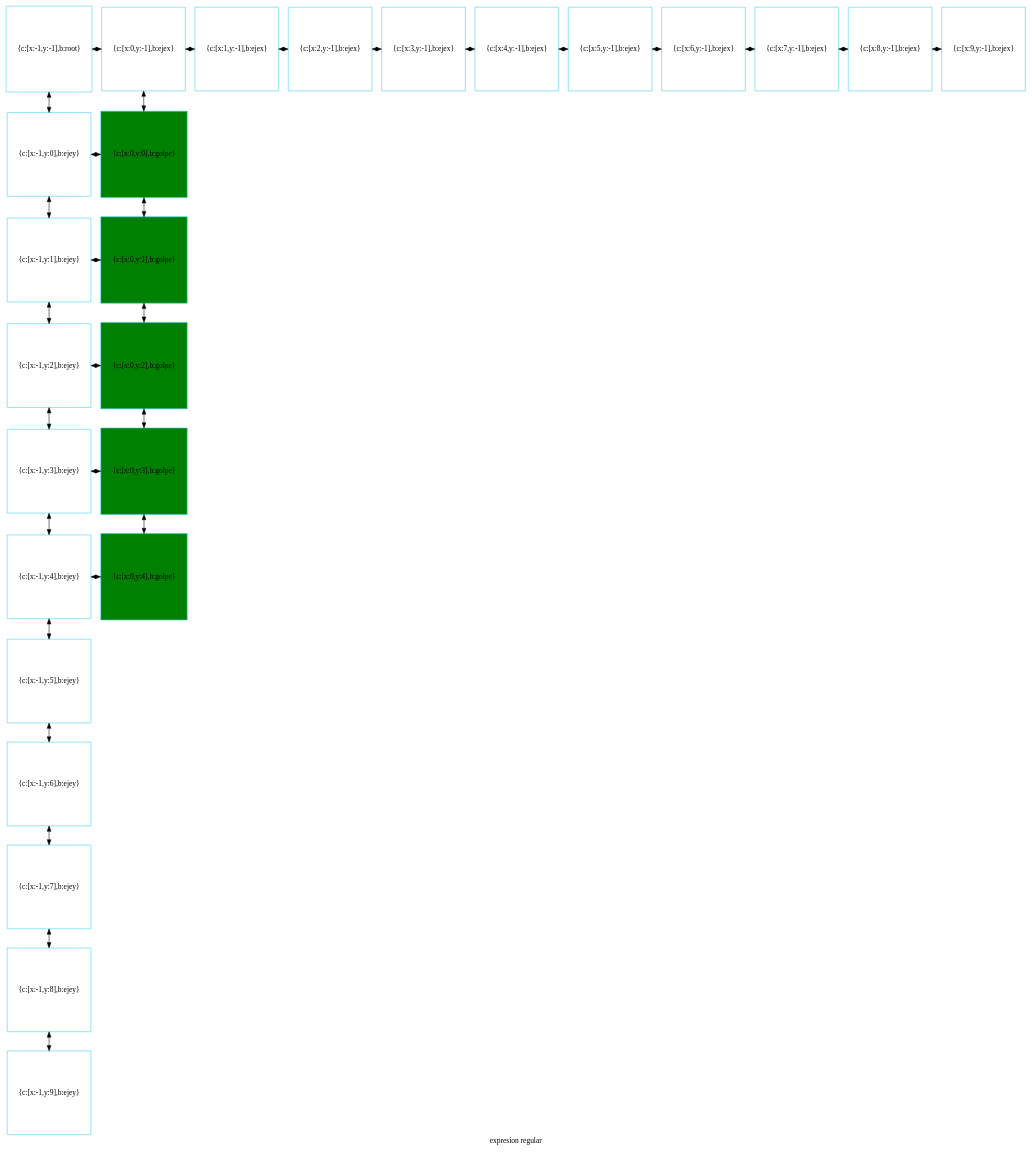
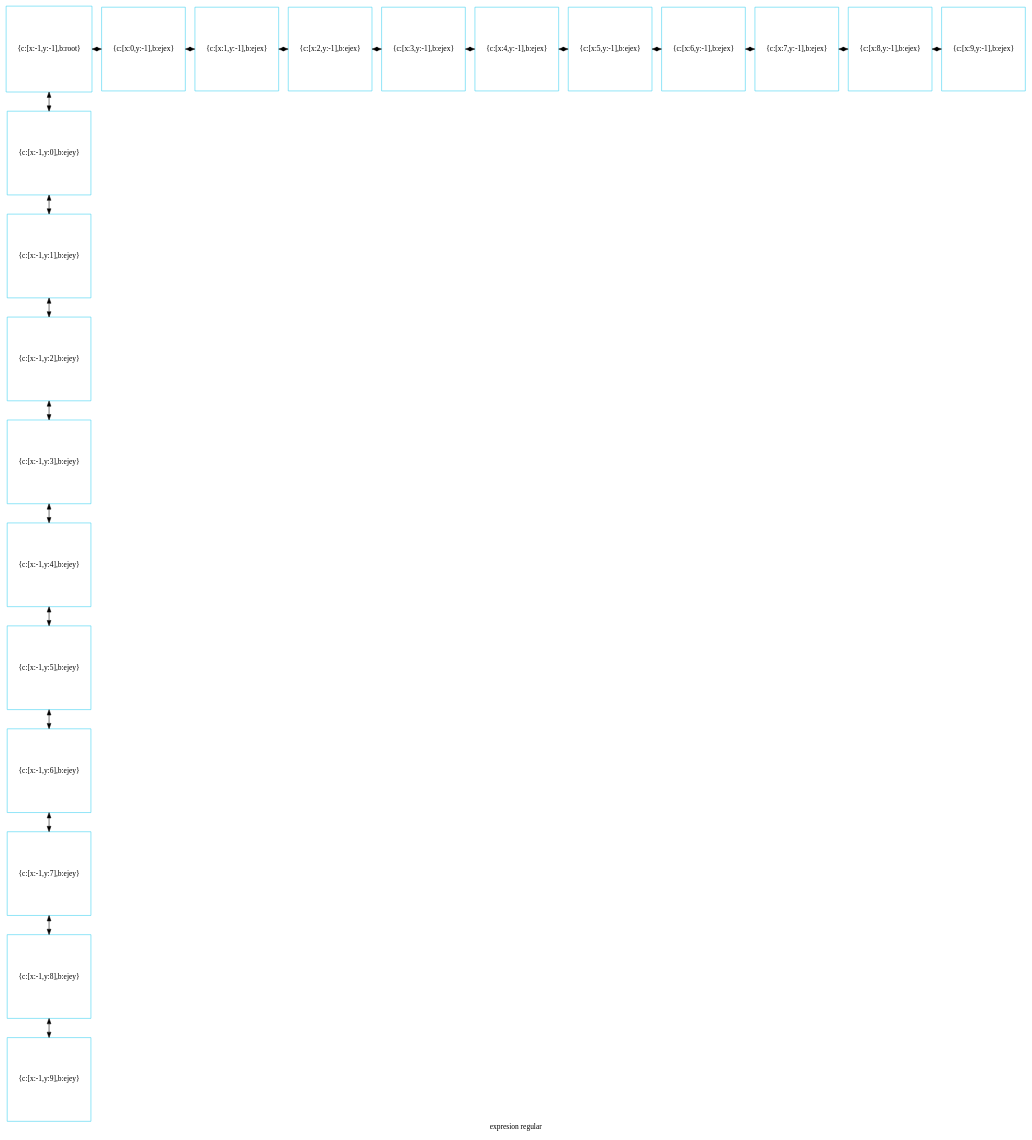
The diagram in disp_compu.dot (betebetoven/EDDS2F2), drawn with Graphviz before and after one commit. The commit also changed 14 other files, not shown here.

```diff
--- a/disp_compu.dot
+++ b/disp_compu.dot
@@ -1,76 +1,61 @@
 digraph G
 {label="expresion regular"
         node[shape = square]
         node[style = filled]
         node[fillcolor = "#EEEEE"]
         node[color = "#EEEEE"]
         node[color = "#31CEF0"]
 
-2029352008912[label="{c:[x:-1,y:-1],b:root}",fillcolor = "white"]
-2029352009056[label="{c:[x:0,y:-1],b:ejex}",fillcolor = "white"]
-2029352009200[label="{c:[x:1,y:-1],b:ejex}",fillcolor = "white"]
-2029352009344[label="{c:[x:2,y:-1],b:ejex}",fillcolor = "white"]
-2029352009488[label="{c:[x:3,y:-1],b:ejex}",fillcolor = "white"]
-2029352009632[label="{c:[x:4,y:-1],b:ejex}",fillcolor = "white"]
-2027290001520[label="{c:[x:5,y:-1],b:ejex}",fillcolor = "white"]
-2027290001664[label="{c:[x:6,y:-1],b:ejex}",fillcolor = "white"]
-2027290001808[label="{c:[x:7,y:-1],b:ejex}",fillcolor = "white"]
-2027290001952[label="{c:[x:8,y:-1],b:ejex}",fillcolor = "white"]
-2027290002096[label="{c:[x:9,y:-1],b:ejex}",fillcolor = "white"]
-2027290002240[label="{c:[x:-1,y:0],b:ejey}",fillcolor = "white"]
-2027290011072[label="{c:[x:0,y:0],b:golpe}",fillcolor = "green"]
-2027290002384[label="{c:[x:-1,y:1],b:ejey}",fillcolor = "white"]
-2027290011408[label="{c:[x:0,y:1],b:golpe}",fillcolor = "green"]
-2027290002528[label="{c:[x:-1,y:2],b:ejey}",fillcolor = "white"]
-2027290009392[label="{c:[x:0,y:2],b:golpe}",fillcolor = "green"]
-2027290002672[label="{c:[x:-1,y:3],b:ejey}",fillcolor = "white"]
-2027290009728[label="{c:[x:0,y:3],b:golpe}",fillcolor = "green"]
-2027290002816[label="{c:[x:-1,y:4],b:ejey}",fillcolor = "white"]
-2027290010064[label="{c:[x:0,y:4],b:golpe}",fillcolor = "green"]
-2027290002960[label="{c:[x:-1,y:5],b:ejey}",fillcolor = "white"]
-2027290003104[label="{c:[x:-1,y:6],b:ejey}",fillcolor = "white"]
-2027290003248[label="{c:[x:-1,y:7],b:ejey}",fillcolor = "white"]
-2027290003392[label="{c:[x:-1,y:8],b:ejey}",fillcolor = "white"]
-2027290003536[label="{c:[x:-1,y:9],b:ejey}",fillcolor = "white"]
-2029352008912->2027290002240[dir = both];
-2027290002240->2027290002384[dir = both];
-2027290002384->2027290002528[dir = both];
-2027290002528->2027290002672[dir = both];
-2027290002672->2027290002816[dir = both];
-2027290002816->2027290002960[dir = both];
-2027290002960->2027290003104[dir = both];
-2027290003104->2027290003248[dir = both];
-2027290003248->2027290003392[dir = both];
-2027290003392->2027290003536[dir = both];
-2029352009056->2027290011072[dir = both];
-2027290011072->2027290011408[dir = both];
-2027290011408->2027290009392[dir = both];
-2027290009392->2027290009728[dir = both];
-2027290009728->2027290010064[dir = both];
-2029352008912->2029352009056[dir = both];
-2029352009056->2029352009200[dir = both];
-2029352009200->2029352009344[dir = both];
-2029352009344->2029352009488[dir = both];
-2029352009488->2029352009632[dir = both];
-2029352009632->2027290001520[dir = both];
-2027290001520->2027290001664[dir = both];
-2027290001664->2027290001808[dir = both];
-2027290001808->2027290001952[dir = both];
-2027290001952->2027290002096[dir = both];
-2027290002240->2027290011072[constraint=false,dir = both];
-2027290002384->2027290011408[constraint=false,dir = both];
-2027290002528->2027290009392[constraint=false,dir = both];
-2027290002672->2027290009728[constraint=false,dir = both];
-2027290002816->2027290010064[constraint=false,dir = both];
- {rank=same; 2029352008912;2029352009056;2029352009200;2029352009344;2029352009488;2029352009632;2027290001520;2027290001664;2027290001808;2027290001952;2027290002096;}
- {rank=same; 2027290002240;2027290011072;}
- {rank=same; 2027290002384;2027290011408;}
- {rank=same; 2027290002528;2027290009392;}
- {rank=same; 2027290002672;2027290009728;}
- {rank=same; 2027290002816;2027290010064;}
- {rank=same; 2027290002960;}
- {rank=same; 2027290003104;}
- {rank=same; 2027290003248;}
- {rank=same; 2027290003392;}
- {rank=same; 2027290003536;}
+2386078219712[label="{c:[x:-1,y:-1],b:root}",fillcolor = "white"]
+2386078220192[label="{c:[x:0,y:-1],b:ejex}",fillcolor = "white"]
+2386161827952[label="{c:[x:1,y:-1],b:ejex}",fillcolor = "white"]
+2386161828096[label="{c:[x:2,y:-1],b:ejex}",fillcolor = "white"]
+2386161828240[label="{c:[x:3,y:-1],b:ejex}",fillcolor = "white"]
+2386161828384[label="{c:[x:4,y:-1],b:ejex}",fillcolor = "white"]
+2386161828528[label="{c:[x:5,y:-1],b:ejex}",fillcolor = "white"]
+2386161828672[label="{c:[x:6,y:-1],b:ejex}",fillcolor = "white"]
+2386161828816[label="{c:[x:7,y:-1],b:ejex}",fillcolor = "white"]
+2386161828960[label="{c:[x:8,y:-1],b:ejex}",fillcolor = "white"]
+2386161829104[label="{c:[x:9,y:-1],b:ejex}",fillcolor = "white"]
+2386161829248[label="{c:[x:-1,y:0],b:ejey}",fillcolor = "white"]
+2386161829392[label="{c:[x:-1,y:1],b:ejey}",fillcolor = "white"]
+2386161829536[label="{c:[x:-1,y:2],b:ejey}",fillcolor = "white"]
+2386161829680[label="{c:[x:-1,y:3],b:ejey}",fillcolor = "white"]
+2386161829824[label="{c:[x:-1,y:4],b:ejey}",fillcolor = "white"]
+2386161829968[label="{c:[x:-1,y:5],b:ejey}",fillcolor = "white"]
+2386161830112[label="{c:[x:-1,y:6],b:ejey}",fillcolor = "white"]
+2386161830256[label="{c:[x:-1,y:7],b:ejey}",fillcolor = "white"]
+2386161830400[label="{c:[x:-1,y:8],b:ejey}",fillcolor = "white"]
+2386161830544[label="{c:[x:-1,y:9],b:ejey}",fillcolor = "white"]
+2386078219712->2386161829248[dir = both];
+2386161829248->2386161829392[dir = both];
+2386161829392->2386161829536[dir = both];
+2386161829536->2386161829680[dir = both];
+2386161829680->2386161829824[dir = both];
+2386161829824->2386161829968[dir = both];
+2386161829968->2386161830112[dir = both];
+2386161830112->2386161830256[dir = both];
+2386161830256->2386161830400[dir = both];
+2386161830400->2386161830544[dir = both];
+2386078219712->2386078220192[dir = both];
+2386078220192->2386161827952[dir = both];
+2386161827952->2386161828096[dir = both];
+2386161828096->2386161828240[dir = both];
+2386161828240->2386161828384[dir = both];
+2386161828384->2386161828528[dir = both];
+2386161828528->2386161828672[dir = both];
+2386161828672->2386161828816[dir = both];
+2386161828816->2386161828960[dir = both];
+2386161828960->2386161829104[dir = both];
+ {rank=same; 2386078219712;2386078220192;2386161827952;2386161828096;2386161828240;2386161828384;2386161828528;2386161828672;2386161828816;2386161828960;2386161829104;}
+ {rank=same; 2386161829248;}
+ {rank=same; 2386161829392;}
+ {rank=same; 2386161829536;}
+ {rank=same; 2386161829680;}
+ {rank=same; 2386161829824;}
+ {rank=same; 2386161829968;}
+ {rank=same; 2386161830112;}
+ {rank=same; 2386161830256;}
+ {rank=same; 2386161830400;}
+ {rank=same; 2386161830544;}
 }
```
